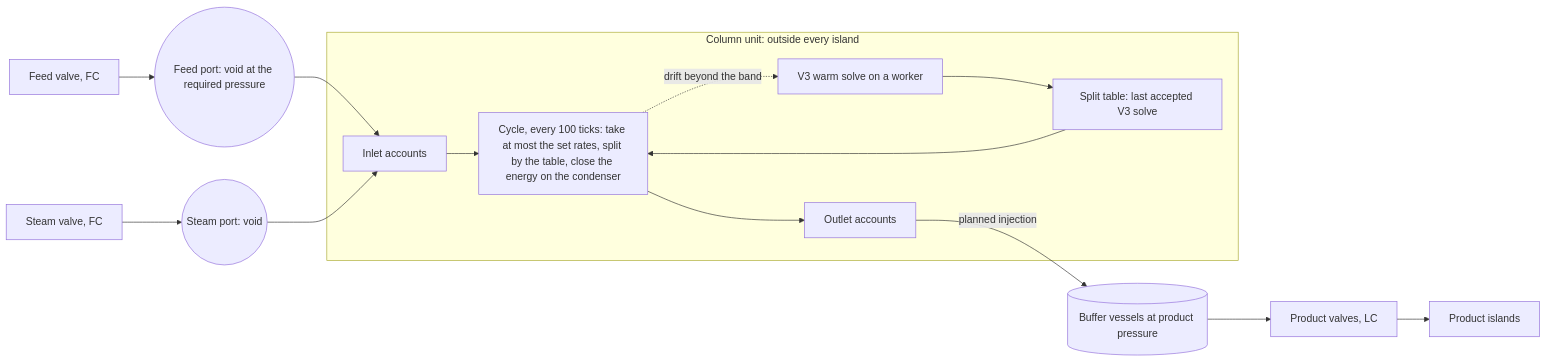
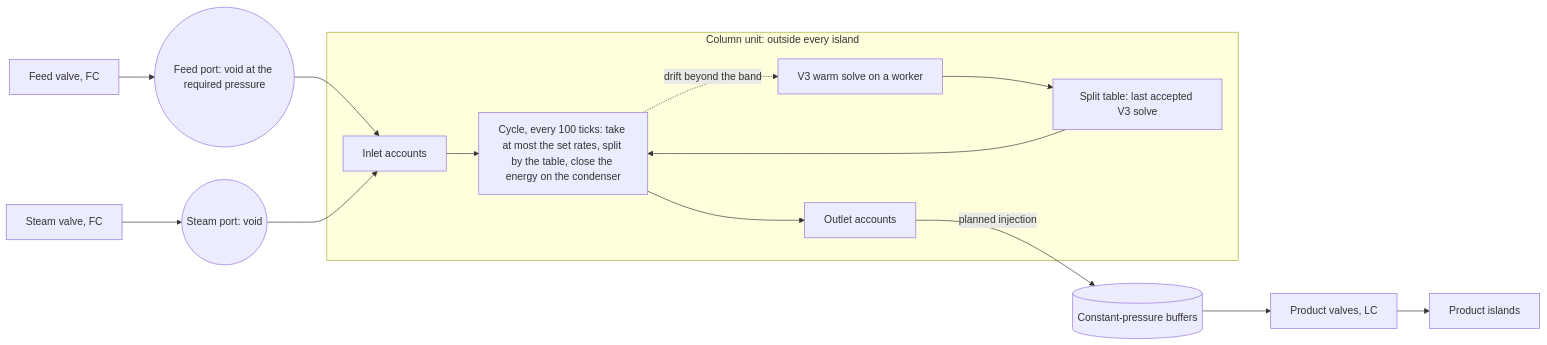
One commit to wormzjl/Industrial-Chemical-Engineering changed the diagram in documentation/2026-10-28-column-operation/COLUMN_OPERATION_PLAN.md. Above: the diagram before and after it, drawn with Mermaid. The commit also changed other lines of this file and 1 other file, not shown here.

First line of the commit message:
Column operation plan: outlets are constant-pressure variable-volume buffers (owner Q3)

````diff
--- a/documentation/2026-10-28-column-operation/COLUMN_OPERATION_PLAN.md
+++ b/documentation/2026-10-28-column-operation/COLUMN_OPERATION_PLAN.md
@@ -59,16 +59,16 @@
 ```mermaid
 flowchart LR
   FV[Feed valve, FC] --> FP((Feed port: void at the required pressure))
   SV[Steam valve, FC] --> SP((Steam port: void))
   FP --> IA[Inlet accounts]
   SP --> IA
   subgraph CU[Column unit: outside every island]
     IA --> CYC[Cycle, every 100 ticks: take at most the set rates, split by the table, close the energy on the condenser]
     TAB[Split table: last accepted V3 solve] --> CYC
     CYC -. drift beyond the band .-> SOLVE[V3 warm solve on a worker]
     SOLVE --> TAB
     CYC --> OA[Outlet accounts]
   end
-  OA -->|planned injection| BV[(Buffer vessels at product pressure)]
+  OA -->|planned injection| BV[(Constant-pressure buffers)]
   BV --> PV[Product valves, LC] --> OUT[Product islands]
 ```
````
